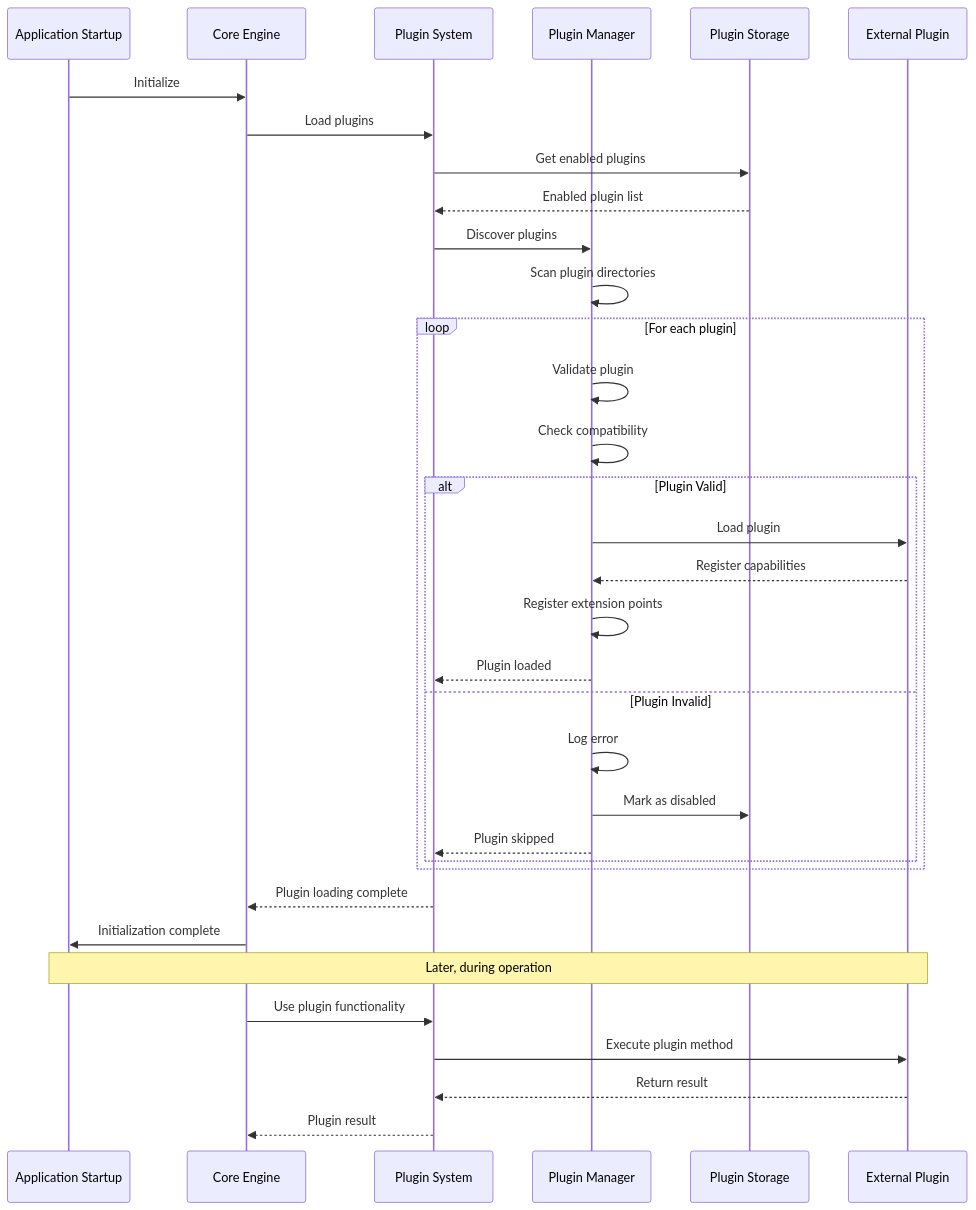
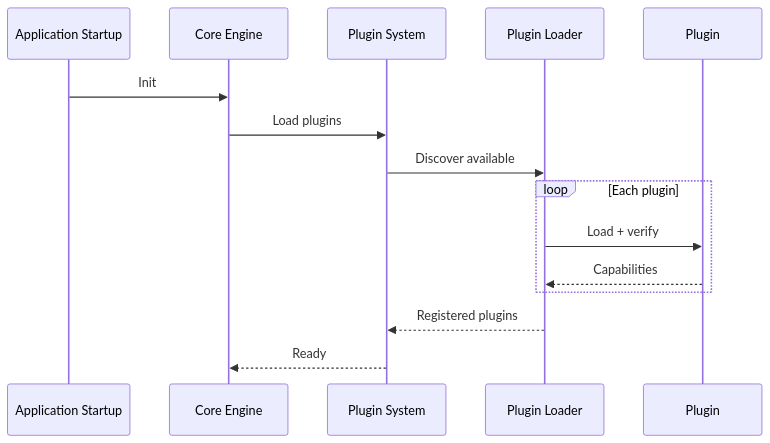
One commit to Cadtastic/MarkDocSuite changed the third of 5 diagrams in MarkDocViewer/markdocviewer-process-flows.md. Above: the diagram before and after it, drawn with Mermaid. The commit also changed other lines of this file and 26 other files, not shown here.

````diff
--- a/MarkDocViewer/markdocviewer-process-flows.md
+++ b/MarkDocViewer/markdocviewer-process-flows.md
@@ -443,44 +57,18 @@
 ```mermaid
 sequenceDiagram
     participant App as Application Startup
     participant Core as Core Engine
     participant PS as Plugin System
-    participant PM as Plugin Manager
-    participant Storage as Plugin Storage
-    participant EP as External Plugin
-    
-    App->>Core: Initialize
+    participant Loader as Plugin Loader
+    participant Plugin as Plugin
+
+    App->>Core: Init
     Core->>PS: Load plugins
-    
-    PS->>Storage: Get enabled plugins
-    Storage-->>PS: Enabled plugin list
-    
-    PS->>PM: Discover plugins
-    PM->>PM: Scan plugin directories
-    
-    loop For each plugin
-        PM->>PM: Validate plugin
-        PM->>PM: Check compatibility
-        
-        alt Plugin Valid
-            PM->>EP: Load plugin
-            EP-->>PM: Register capabilities
-            PM->>PM: Register extension points
-            PM-->>PS: Plugin loaded
-        else Plugin Invalid
-            PM->>PM: Log error
-            PM->>Storage: Mark as disabled
-            PM-->>PS: Plugin skipped
-        end
+    PS->>Loader: Discover available
+    loop Each plugin
+        Loader->>Plugin: Load + verify
+        Plugin-->>Loader: Capabilities
     end
-    
-    PS-->>Core: Plugin loading complete
-    Core->>App: Initialization complete
-    
-    Note over App, EP: Later, during operation
-    
-    Core->>PS: Use plugin functionality
-    PS->>EP: Execute plugin method
-    EP-->>PS: Return result
-    PS-->>Core: Plugin result
+    Loader-->>PS: Registered plugins
+    PS-->>Core: Ready
 ```
````
